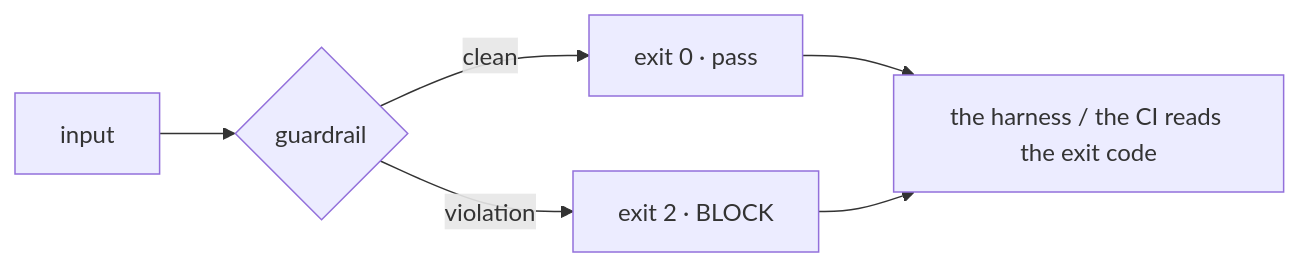
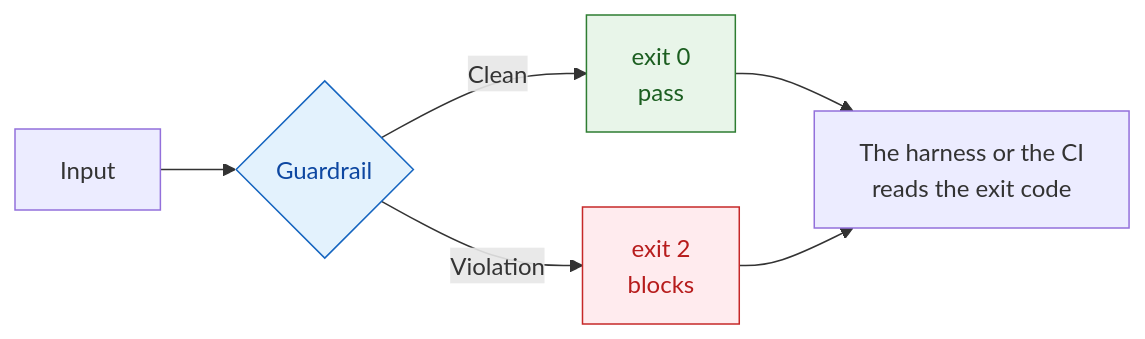
One commit to jleonceo/guardianes-verificados-ia changed the diagram in README.en.md. Above: the diagram before and after it, drawn with Mermaid. The commit also changed 1 other file, not shown here.

Commit message:
Esquema: mismos colores y rótulos que el resto de repositorios

````diff
--- a/README.en.md
+++ b/README.en.md
@@ -48,8 +48,11 @@
 ```mermaid
 flowchart LR
-    I[input] --> G{guardrail}
-    G -- clean --> Z["exit 0 · pass"]
-    G -- violation --> T["exit 2 · BLOCK"]
-    Z --> H[the harness / the CI reads the exit code]
+    I[Input] --> G{Guardrail}
+    G -->|Clean| Z[exit 0<br/>pass]
+    G -->|Violation| T[exit 2<br/>blocks]
+    Z --> H[The harness or the CI<br/>reads the exit code]
     T --> H
+    style G fill:#e3f2fd,stroke:#1565c0,color:#0d47a1
+    style Z fill:#e8f5e9,stroke:#2e7d32,color:#1b5e20
+    style T fill:#ffebee,stroke:#c62828,color:#b71c1c
 ```
````
